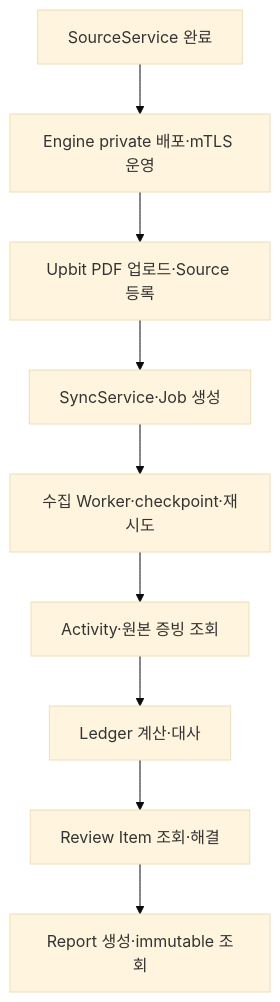
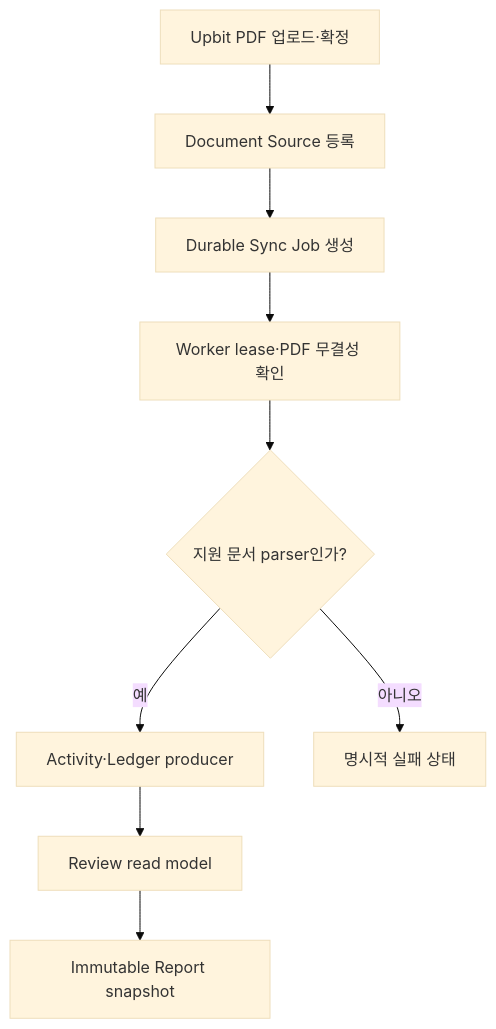
Before and after one commit to BackwardLabs/daejang: the diagram in docs/engine-integration-roadmap.md, drawn with Mermaid (base theme). The commit also changed other lines of this file and 66 other files, not shown here.

````diff
--- a/docs/engine-integration-roadmap.md
+++ b/docs/engine-integration-roadmap.md
@@ -20,11 +27,11 @@
 ```mermaid
 flowchart TD
-  source[SourceService 완료] --> deploy[Engine private 배포·mTLS 운영]
-  deploy --> upload[Upbit PDF 업로드·Source 등록]
-  upload --> sync[SyncService·Job 생성]
-  sync --> worker[수집 Worker·checkpoint·재시도]
-  worker --> activity[Activity·원본 증빙 조회]
-  activity --> ledger[Ledger 계산·대사]
-  ledger --> review[Review Item 조회·해결]
-  review --> report[Report 생성·immutable 조회]
+  upload[Upbit PDF 업로드·확정] --> source[Document Source 등록]
+  source --> sync[Durable Sync Job 생성]
+  sync --> worker[Worker lease·PDF 무결성 확인]
+  worker --> parse{지원 문서 parser인가?}
+  parse -->|예| activity[Activity·Ledger producer]
+  parse -->|아니오| fail[명시적 실패 상태]
+  activity --> review[Review read model]
+  review --> report[Immutable Report snapshot]
 ```
````
